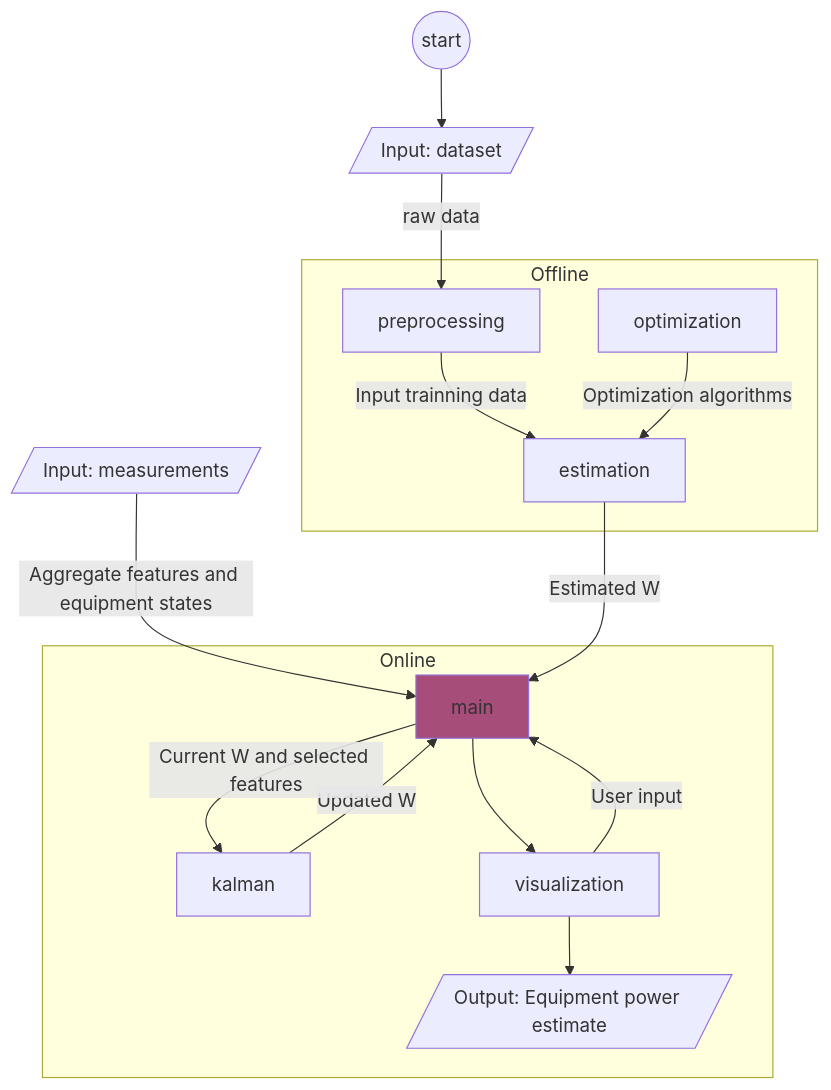
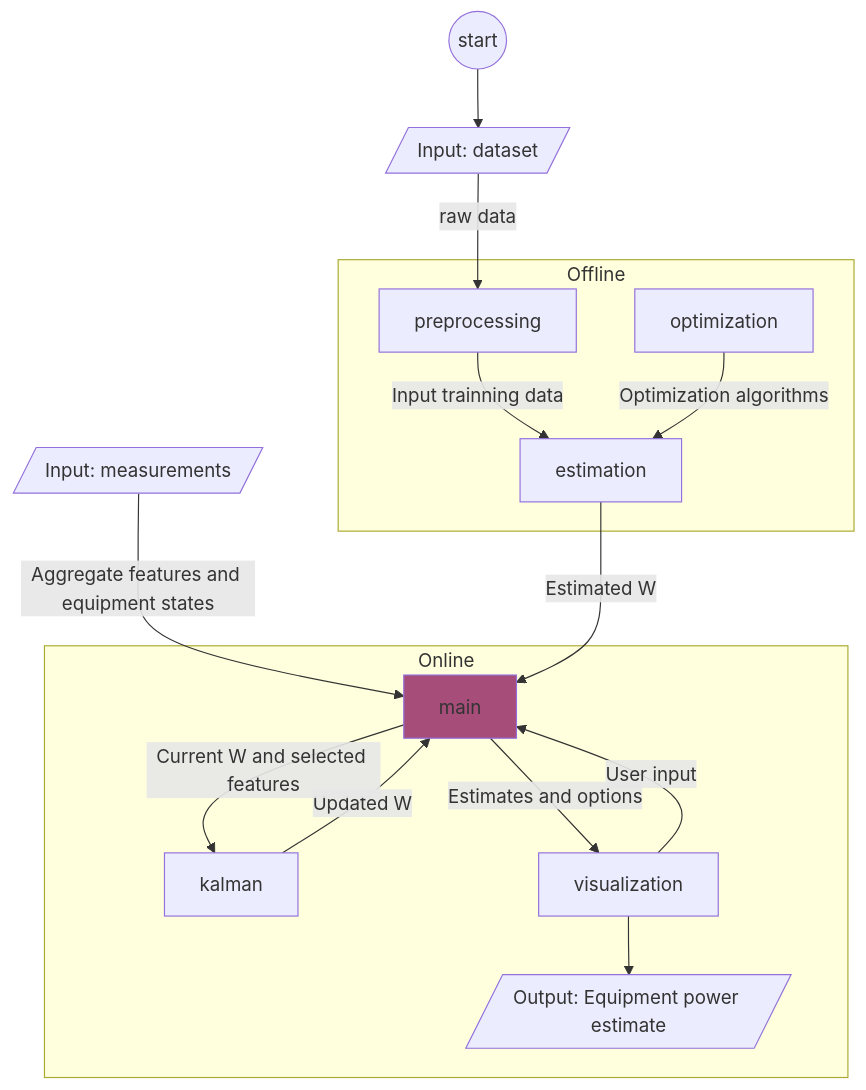
One commit to danctorres/nilm_industry changed the diagram in README.md. Above: the diagram before and after it, drawn with Mermaid.

````diff
--- a/README.md
+++ b/README.md
@@ -40,19 +40,19 @@
 ```mermaid
 flowchart TD;
     subgraph Offline
     preprocessing-- Input trainning data -->estimation;
     optimization-- Optimization algorithms -->estimation;
     end
     subgraph Online
     kalman-- Updated W -->main;
     main:::someclass-- Current W and selected features -->kalman;
     classDef someclass fill:#A64D79
-    main --> visualization
+    main -- Estimates and options --> visualization
     visualization -->  estimates[/Output: Equipment power estimate/];
     end
     start((start)) --> dataset
     dataset[/Input: dataset/] -- raw data --> preprocessing;
     measurements[/Input: measurements/]-- Aggregate features and equipment states -->main;
     estimation -- Estimated W --> main;
     visualization -- User input --> main
 ```
````
